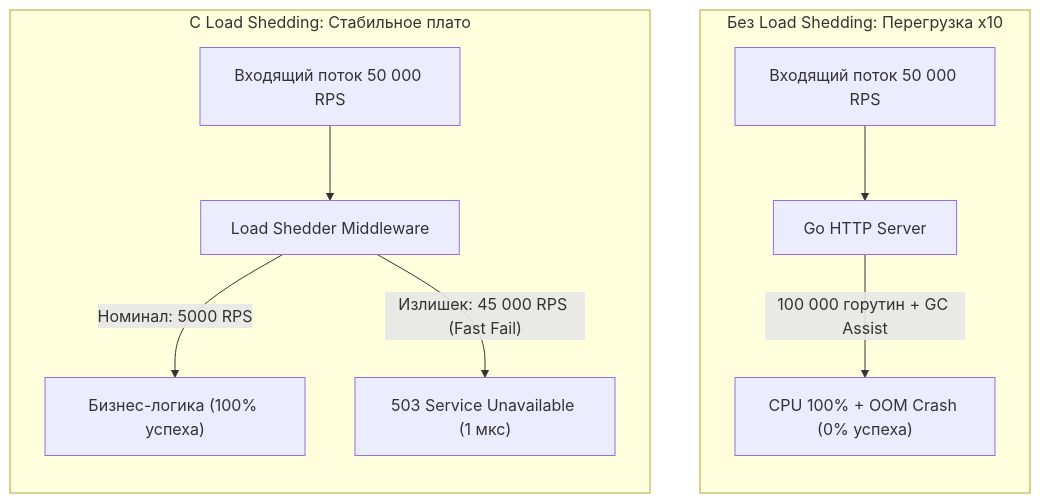
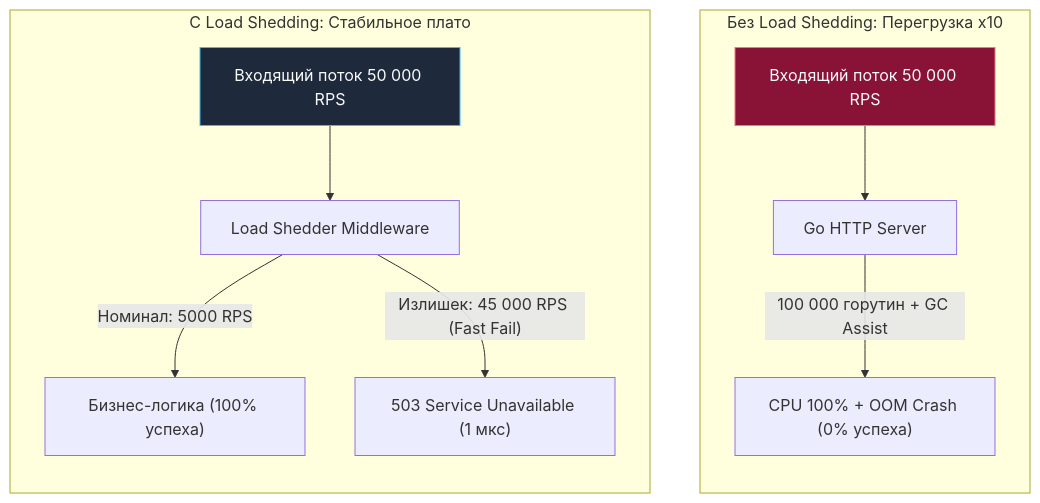
The first of 2 diagrams in sources/14. Распределенные системы на Go/05. Надежность/5. Load shedding.md (UnrealTemplier/go-textbook), drawn with Mermaid before and after one commit. The commit also changed other lines of this file and 1666 other files, not shown here.

First line of the commit message:
feat(mermaid): add semantic color classDef to 1369 colorless flowchart/graph diagrams

````diff
--- a/sources/14. Распределенные системы на Go/05. Надежность/5. Load shedding.md
+++ b/sources/14. Распределенные системы на Go/05. Надежность/5. Load shedding.md
@@ -11,15 +11,25 @@
 ```mermaid
 flowchart TD
+    classDef process  fill:#1e293b,stroke:#38bdf8,stroke-width:1px,color:#f8fafc
+    classDef success  fill:#064e3b,stroke:#34d399,stroke-width:1px,color:#f8fafc
+    classDef error    fill:#7f1d1d,stroke:#f87171,stroke-width:1px,color:#f8fafc
+    classDef warning  fill:#78350f,stroke:#fbbf24,stroke-width:1px,color:#f8fafc
+    classDef entry    fill:#1e3a5f,stroke:#38bdf8,stroke-width:2px,color:#f8fafc
+    classDef aux      fill:#334155,stroke:#64748b,stroke-width:1px,color:#f8fafc
+    classDef system   fill:#312e81,stroke:#a78bfa,stroke-width:1px,color:#f8fafc
+    classDef data     fill:#132d29,stroke:#2dd4bf,stroke-width:1px,color:#f8fafc
+    classDef network  fill:#881337,stroke:#fb7185,stroke-width:1px,color:#f8fafc
+    classDef accent   fill:#1e1b4b,stroke:#818cf8,stroke-width:1px,color:#f8fafc
     subgraph Collapse["Без Load Shedding: Перегрузка x10"]
         direction TB
-        In1["Входящий поток 50 000 RPS"] --> Srv1["Go HTTP Server"]
+        In1["Входящий поток 50 000 RPS"]:::network --> Srv1["Go HTTP Server"]
         Srv1 -->|"100 000 горутин + GC Assist"| OOM["CPU 100% + OOM Crash (0% успеха)"]
     end
 
     subgraph Survival["С Load Shedding: Стабильное плато"]
         direction TB
-        In2["Входящий поток 50 000 RPS"] --> Shedder["Load Shedder Middleware"]
+        In2["Входящий поток 50 000 RPS"]:::process --> Shedder["Load Shedder Middleware"]
         Shedder -->|"Номинал: 5000 RPS"| Core["Бизнес-логика (100% успеха)"]
         Shedder -->|"Излишек: 45 000 RPS (Fast Fail)"| Drop["503 Service Unavailable (1 мкс)"]
     end
 ```
````
